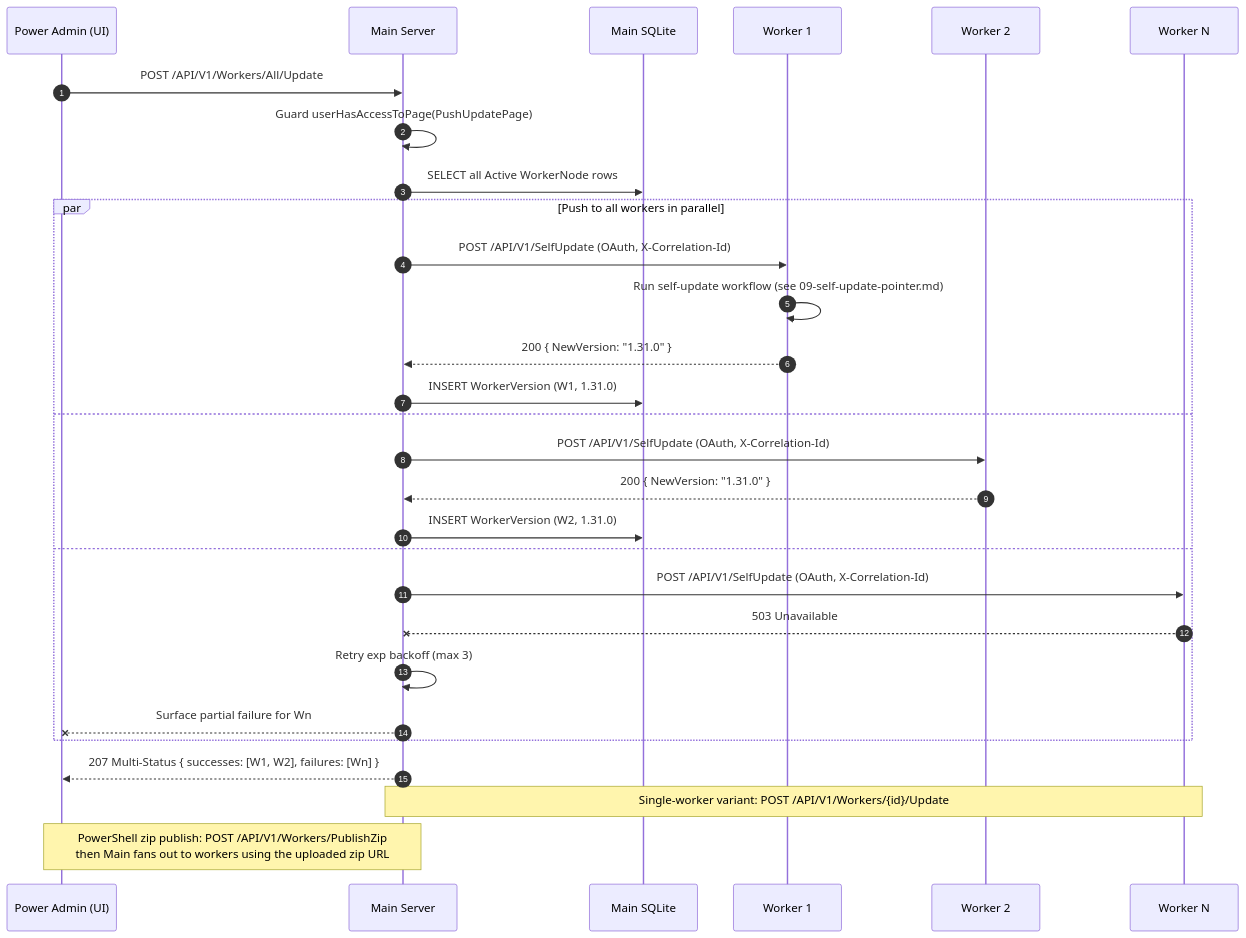
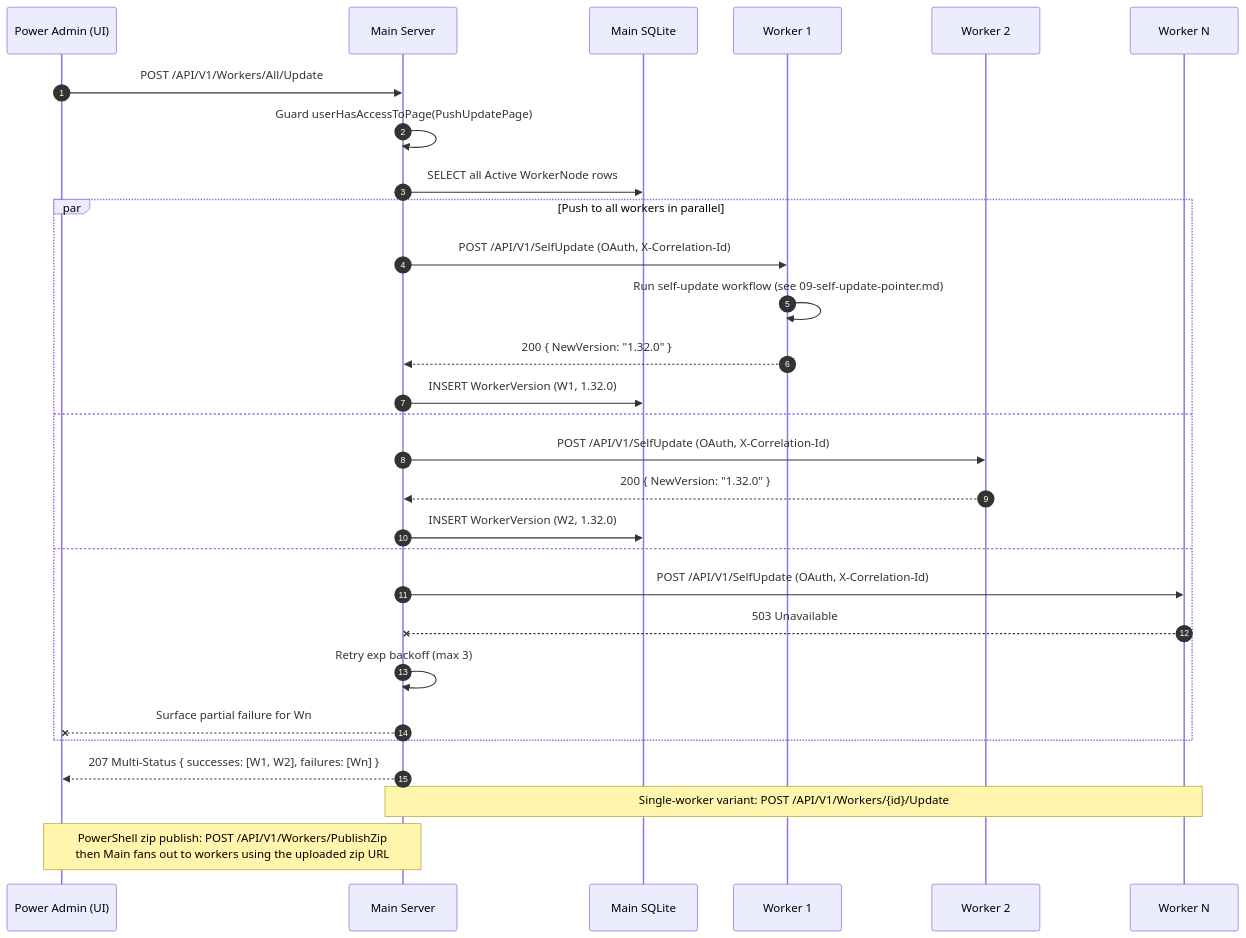
Before and after one commit to alimtvnetwork/prompt-architect-v2: the diagram in spec/19-main-worker-service/diagrams/seq-push-update.mmd, drawn with Mermaid. The commit also changed 13 other files, not shown here.

```diff
--- a/spec/19-main-worker-service/diagrams/seq-push-update.mmd
+++ b/spec/19-main-worker-service/diagrams/seq-push-update.mmd
@@ -1,43 +1,43 @@
 %% ==========================================================
 %% NON-AUTHORITATIVE PROJECTION
 %% ==========================================================
 %% Subject:        Power-Admin push-update fan-out
 %% Authoritative:  spec/14-update/28-worker-push-instruction.md + spec/19/15-tunable-constants.md
 %% Status:         Illustrative only. If this diagram disagrees
 %%                 with the authoritative spec(s) above, the
 %%                 spec wins and this file is the bug.
 %% Banner version: 1.0.0 (2026-05-04, audit fix #9)
 %% ==========================================================
 sequenceDiagram
     autonumber
     participant Admin as Power Admin (UI)
     participant Main as Main Server
     participant DB as Main SQLite
     participant W1 as Worker 1
     participant W2 as Worker 2
     participant Wn as Worker N
 
     Admin->>Main: POST /API/V1/Workers/All/Update
     Main->>Main: Guard userHasAccessToPage(PushUpdatePage)
     Main->>DB: SELECT all Active WorkerNode rows
 
     par Push to all workers in parallel
         Main->>W1: POST /API/V1/SelfUpdate (OAuth, X-Correlation-Id)
         W1->>W1: Run self-update workflow (see 09-self-update-pointer.md)
-        W1-->>Main: 200 { NewVersion: "1.31.0" }
-        Main->>DB: INSERT WorkerVersion (W1, 1.31.0)
+        W1-->>Main: 200 { NewVersion: "1.32.0" }
+        Main->>DB: INSERT WorkerVersion (W1, 1.32.0)
     and
         Main->>W2: POST /API/V1/SelfUpdate (OAuth, X-Correlation-Id)
-        W2-->>Main: 200 { NewVersion: "1.31.0" }
-        Main->>DB: INSERT WorkerVersion (W2, 1.31.0)
+        W2-->>Main: 200 { NewVersion: "1.32.0" }
+        Main->>DB: INSERT WorkerVersion (W2, 1.32.0)
     and
         Main->>Wn: POST /API/V1/SelfUpdate (OAuth, X-Correlation-Id)
         Wn--xMain: 503 Unavailable
         Main->>Main: Retry exp backoff (max 3)
         Main--xAdmin: Surface partial failure for Wn
     end
 
     Main-->>Admin: 207 Multi-Status { successes: [W1, W2], failures: [Wn] }
 
     Note over Main,Wn: Single-worker variant: POST /API/V1/Workers/{id}/Update
     Note over Admin,Main: PowerShell zip publish: POST /API/V1/Workers/PublishZip<br/>then Main fans out to workers using the uploaded zip URL
```
